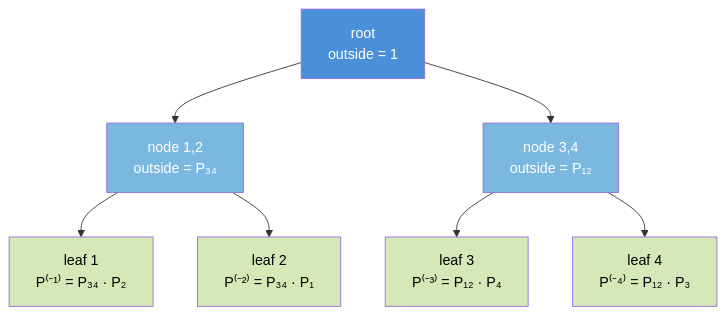
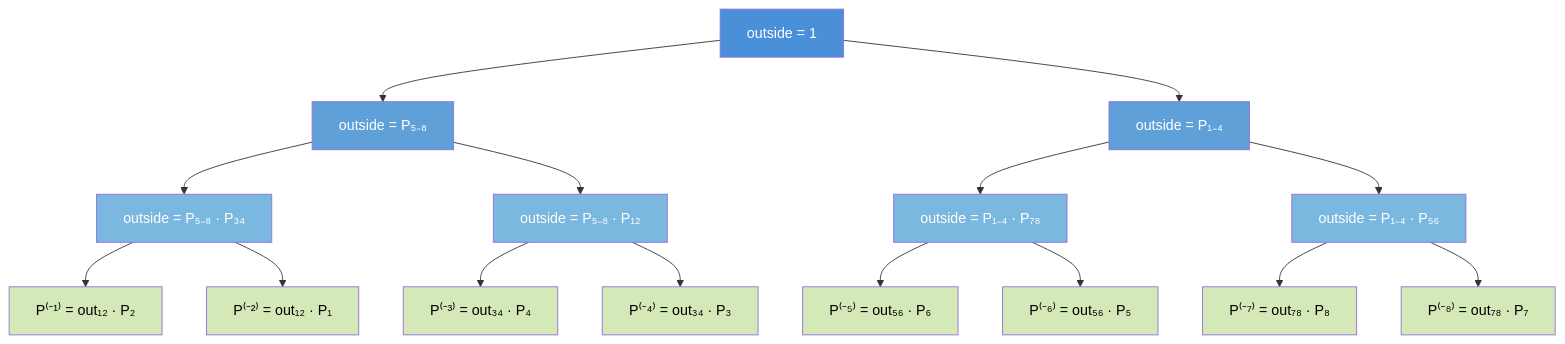
The second of 3 diagrams in README.md (timvieira/conditional-poisson-sampling), drawn with Mermaid before and after one commit. The commit also changed other lines of this file and 1 other file, not shown here.

First line of the commit message:
Move algorithm explanation to blog post, expand diagrams to 8 nodes

````diff
--- a/README.md
+++ b/README.md
@@ -107,17 +117,33 @@
 ```mermaid
 graph TB
-    ROOT["root<br/>outside = 1"] --> N12["node 1,2<br/>outside = P₃₄"]
-    ROOT --> N34["node 3,4<br/>outside = P₁₂"]
-    N12 --> L1["leaf 1<br/>P⁽⁻¹⁾ = P₃₄ · P₂"]
-    N12 --> L2["leaf 2<br/>P⁽⁻²⁾ = P₃₄ · P₁"]
-    N34 --> L3["leaf 3<br/>P⁽⁻³⁾ = P₁₂ · P₄"]
-    N34 --> L4["leaf 4<br/>P⁽⁻⁴⁾ = P₁₂ · P₃"]
+    ROOT["outside = 1"] --> N1234["outside = P₅₋₈"]
+    ROOT --> N5678["outside = P₁₋₄"]
+    N1234 --> N12["outside = P₅₋₈ · P₃₄"]
+    N1234 --> N34["outside = P₅₋₈ · P₁₂"]
+    N5678 --> N56["outside = P₁₋₄ · P₇₈"]
+    N5678 --> N78["outside = P₁₋₄ · P₅₆"]
+    N12 --> L1["P⁽⁻¹⁾ = out₁₂ · P₂"]
+    N12 --> L2["P⁽⁻²⁾ = out₁₂ · P₁"]
+    N34 --> L3["P⁽⁻³⁾ = out₃₄ · P₄"]
+    N34 --> L4["P⁽⁻⁴⁾ = out₃₄ · P₃"]
+    N56 --> L5["P⁽⁻⁵⁾ = out₅₆ · P₆"]
+    N56 --> L6["P⁽⁻⁶⁾ = out₅₆ · P₅"]
+    N78 --> L7["P⁽⁻⁷⁾ = out₇₈ · P₈"]
+    N78 --> L8["P⁽⁻⁸⁾ = out₇₈ · P₇"]
 
     style ROOT fill:#4a90d9,color:#fff
+    style N1234 fill:#5fa0d9,color:#fff
+    style N5678 fill:#5fa0d9,color:#fff
     style N12 fill:#7ab8e0,color:#fff
     style N34 fill:#7ab8e0,color:#fff
+    style N56 fill:#7ab8e0,color:#fff
+    style N78 fill:#7ab8e0,color:#fff
     style L1 fill:#d4e8b8,color:#000
     style L2 fill:#d4e8b8,color:#000
     style L3 fill:#d4e8b8,color:#000
     style L4 fill:#d4e8b8,color:#000
+    style L5 fill:#d4e8b8,color:#000
+    style L6 fill:#d4e8b8,color:#000
+    style L7 fill:#d4e8b8,color:#000
+    style L8 fill:#d4e8b8,color:#000
 ```
````
